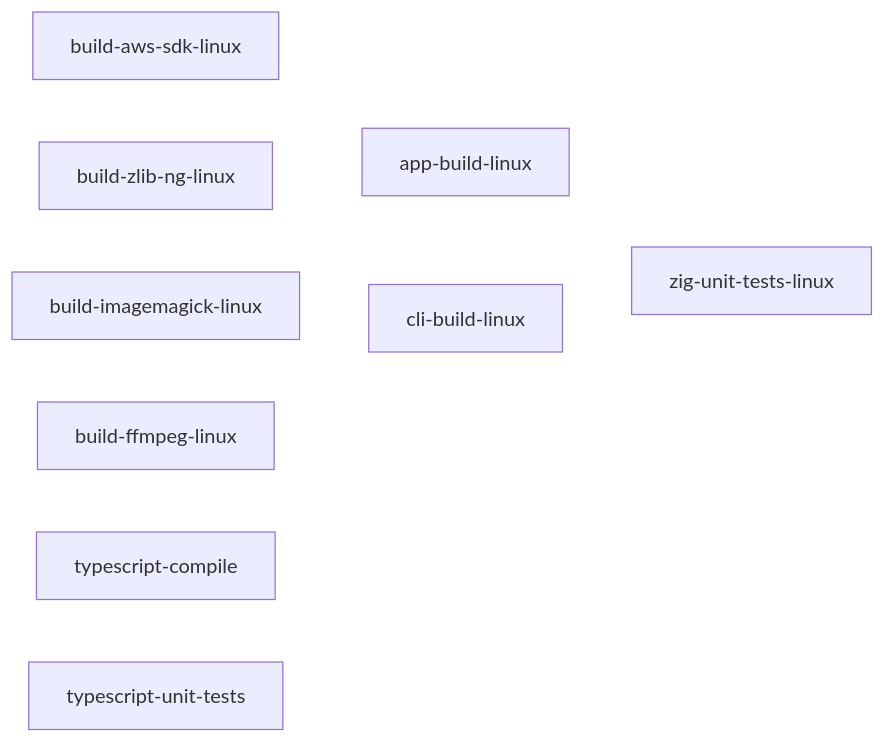
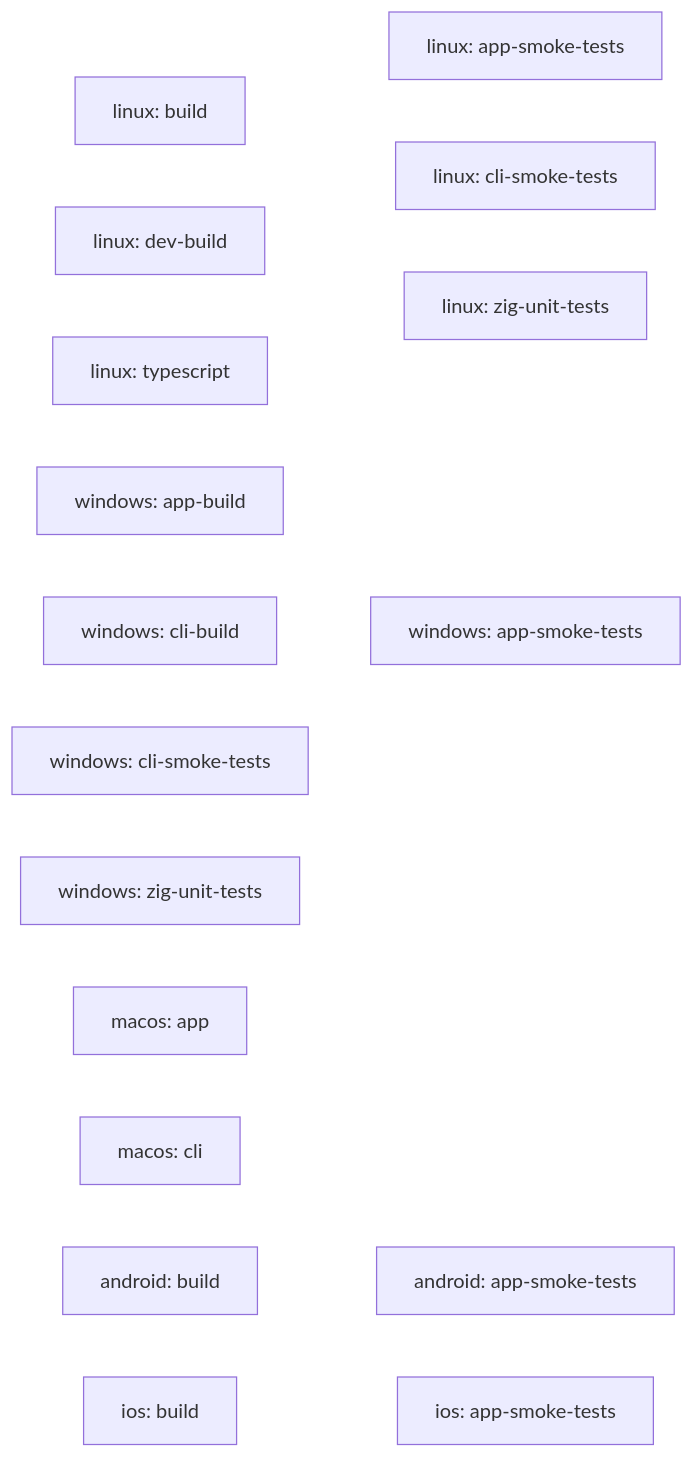
One commit to ashleydavis/photosphere changed the first of 2 diagrams in docs/workflows.md. Above: the diagram before and after it, drawn with Mermaid. The commit also changed other lines of this file and 7 other files, not shown here.

````diff
--- a/docs/workflows.md
+++ b/docs/workflows.md
@@ -141,19 +118,17 @@
 ```mermaid
 flowchart LR
-    build-aws-sdk-linux --> app-build-linux
-    build-zlib-ng-linux --> app-build-linux
-    build-imagemagick-linux --> app-build-linux
-    build-ffmpeg-linux --> app-build-linux
-    build-aws-sdk-linux --> cli-build-linux
-    build-zlib-ng-linux --> cli-build-linux
-    build-imagemagick-linux --> cli-build-linux
-    build-ffmpeg-linux --> cli-build-linux
-    build-aws-sdk-linux --> zig-unit-tests-linux
-    build-zlib-ng-linux --> zig-unit-tests-linux
-    build-imagemagick-linux --> zig-unit-tests-linux
-    build-ffmpeg-linux --> zig-unit-tests-linux
-    cli-build-linux --> zig-unit-tests-linux
-    typescript-compile
-    typescript-unit-tests
+    linux-build["linux: build"] --> linux-app["linux: app-smoke-tests"]
+    linux-build --> linux-cli["linux: cli-smoke-tests"]
+    linux-build --> linux-zig["linux: zig-unit-tests"]
+    linux-dev["linux: dev-build"]
+    linux-ts["linux: typescript"]
+    win-app-build["windows: app-build"] --> win-app["windows: app-smoke-tests"]
+    win-cli-build["windows: cli-build"] --> win-app
+    win-cli["windows: cli-smoke-tests"]
+    win-zig["windows: zig-unit-tests"]
+    mac-app["macos: app"]
+    mac-cli["macos: cli"]
+    android-build["android: build"] --> android-app["android: app-smoke-tests"]
+    ios-build["ios: build"] --> ios-app["ios: app-smoke-tests"]
     linkStyle default stroke:#ffffff,stroke-width:2px
 ```
````
